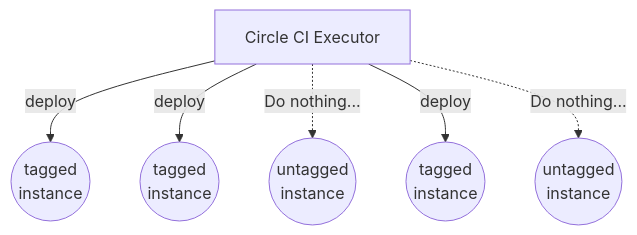
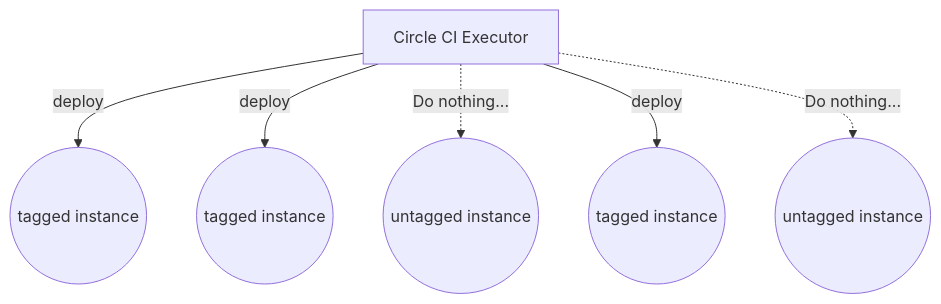
The second of 2 diagrams in README.md (Carricaner/redis-implement), drawn with Mermaid before and after one commit. The commit also changed other lines of this file, not shown here.

````diff
--- a/README.md
+++ b/README.md
@@ -55,15 +55,15 @@
   ```mermaid
   flowchart TD
   A[Circle CI Executor]
-  I1(("tagged\ninstance"))
-  I2(("tagged\ninstance"))
-  I3(("untagged\ninstance"))
-  I4(("tagged\ninstance"))
-  I5(("untagged\ninstance"))
+  I1(("tagged instance"))
+  I2(("tagged instance"))
+  I3(("untagged instance"))
+  I4(("tagged instance"))
+  I5(("untagged instance"))
   
   A -->|deploy| I1
   A -->|deploy| I2
   A -.->|Do nothing...| I3
   A -->|deploy| I4
   A -.->|Do nothing...| I5 
   ```
````
